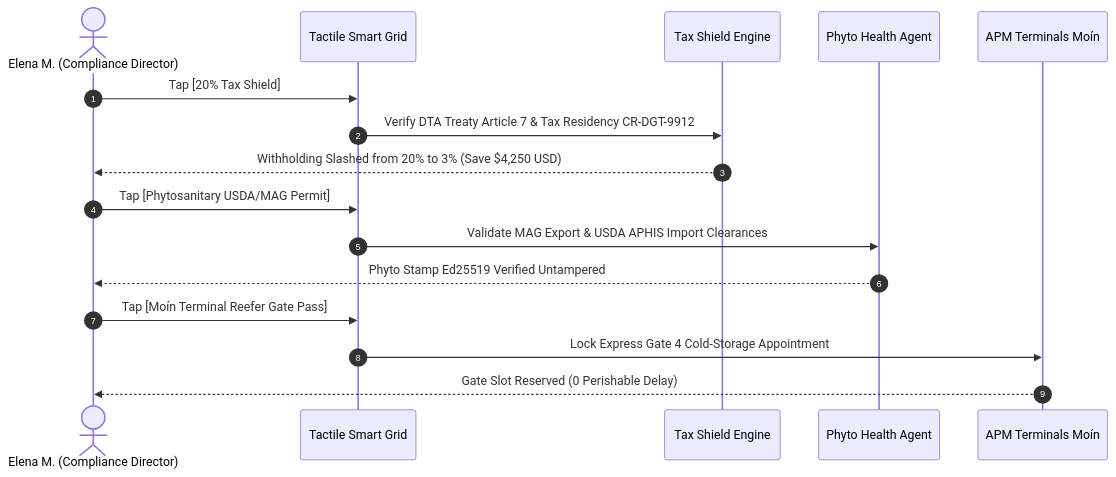
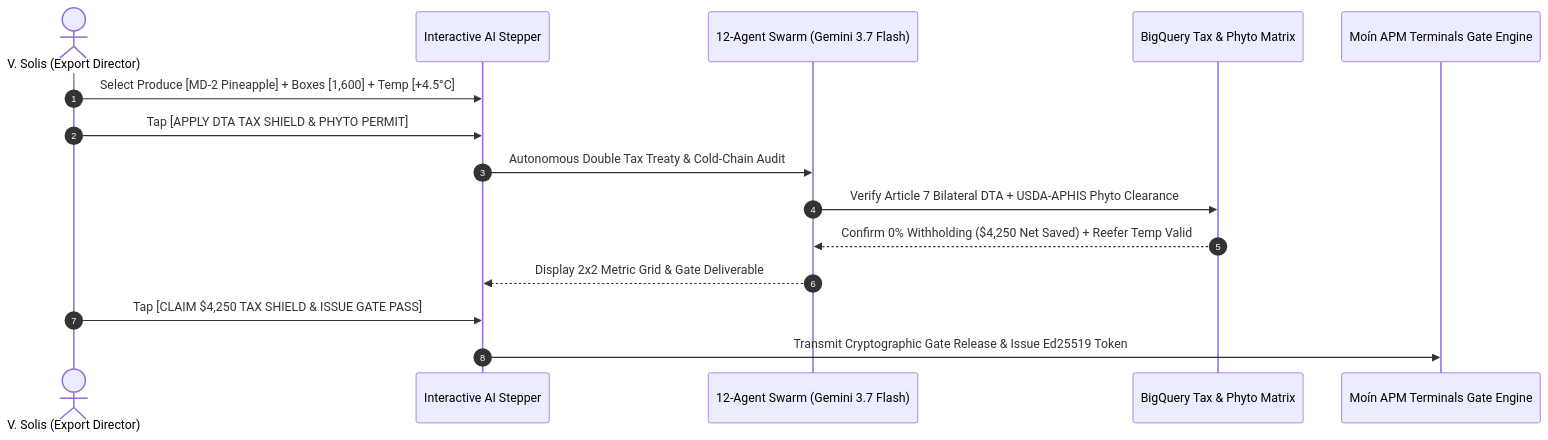
Before and after one commit to CostaCloudSA/all-things-logistics: the diagram in docs/demos/DEMO_3_AGROEXPORT_CR_PRODUCE_SHIPPER.md, drawn with Mermaid. The commit also changed other lines of this file and 8 other files, not shown here.

Commit message:
feat: multi-step interactive AI demos with smart chips, numerical inputs & under-construction guide modals

````diff
--- a/docs/demos/DEMO_3_AGROEXPORT_CR_PRODUCE_SHIPPER.md
+++ b/docs/demos/DEMO_3_AGROEXPORT_CR_PRODUCE_SHIPPER.md
@@ -32,19 +35,18 @@
 ```mermaid
 sequenceDiagram
     autonumber
-    actor Shipper as Elena M. (Compliance Director)
-    participant Grid as Tactile Smart Grid
-    participant Tax as Tax Shield Engine
-    participant Phyto as Phyto Health Agent
-    participant Port as APM Terminals Moín
+    actor Exporter as V. Solis (Export Director)
+    participant UI as Interactive AI Stepper
+    participant Swarm as 12-Agent Swarm (Gemini 3.7 Flash)
+    participant BQ as BigQuery Tax & Phyto Matrix
+    participant Gate as Moín APM Terminals Gate Engine
 
-    Shipper->>Grid: Tap [20% Tax Shield]
-    Grid->>Tax: Verify DTA Treaty Article 7 & Tax Residency CR-DGT-9912
-    Tax-->>Shipper: Withholding Slashed from 20% to 3% (Save $4,250 USD)
-    Shipper->>Grid: Tap [Phytosanitary USDA/MAG Permit]
-    Grid->>Phyto: Validate MAG Export & USDA APHIS Import Clearances
-    Phyto-->>Shipper: Phyto Stamp Ed25519 Verified Untampered
-    Shipper->>Grid: Tap [Moín Terminal Reefer Gate Pass]
-    Grid->>Port: Lock Express Gate 4 Cold-Storage Appointment
-    Port-->>Shipper: Gate Slot Reserved (0 Perishable Delay)
+    Exporter->>UI: Select Produce [MD-2 Pineapple] + Boxes [1,600] + Temp [+4.5°C]
+    Exporter->>UI: Tap [APPLY DTA TAX SHIELD & PHYTO PERMIT]
+    UI->>Swarm: Autonomous Double Tax Treaty & Cold-Chain Audit
+    Swarm->>BQ: Verify Article 7 Bilateral DTA + USDA-APHIS Phyto Clearance
+    BQ-->>Swarm: Confirm 0% Withholding ($4,250 Net Saved) + Reefer Temp Valid
+    Swarm-->>UI: Display 2x2 Metric Grid & Gate Deliverable
+    Exporter->>UI: Tap [CLAIM $4,250 TAX SHIELD & ISSUE GATE PASS]
+    UI->>Gate: Transmit Cryptographic Gate Release & Issue Ed25519 Token
 ```
````
